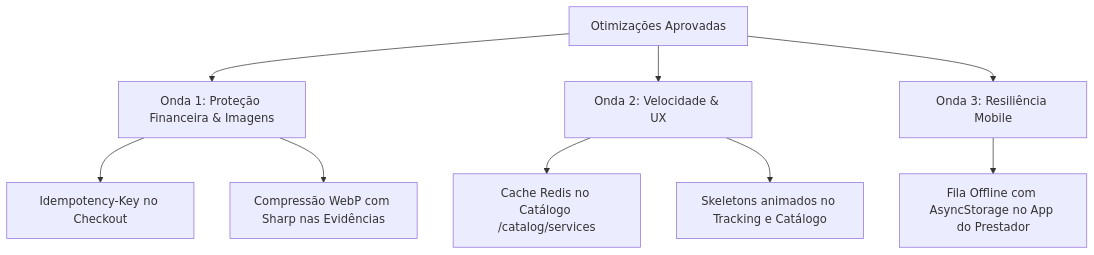
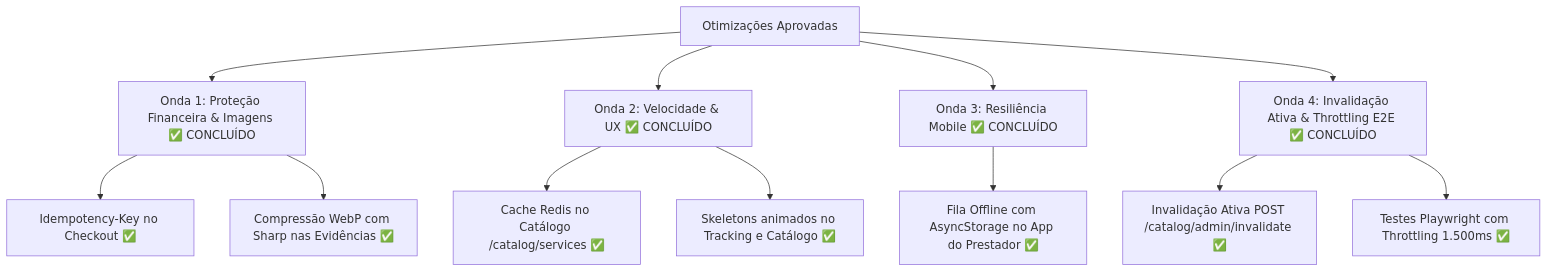
Before and after one commit to blackshazm/facilita: the diagram in sugestoes app.md, drawn with Mermaid. The commit also changed other lines of this file and 178 other files, not shown here.

````diff
--- a/sugestoes app.md
+++ b/sugestoes app.md
@@ -98,14 +98,18 @@
 ```mermaid
 flowchart TD
-    A[Otimizações Aprovadas] --> B[Onda 1: Proteção Financeira & Imagens]
-    A --> C[Onda 2: Velocidade & UX]
-    A --> D[Onda 3: Resiliência Mobile]
+    A[Otimizações Aprovadas] --> B[Onda 1: Proteção Financeira & Imagens ✅ CONCLUÍDO]
+    A --> C[Onda 2: Velocidade & UX ✅ CONCLUÍDO]
+    A --> D[Onda 3: Resiliência Mobile ✅ CONCLUÍDO]
+    A --> E[Onda 4: Invalidação Ativa & Throttling E2E ✅ CONCLUÍDO]
 
-    B --> B1[Idempotency-Key no Checkout]
-    B --> B2[Compressão WebP com Sharp nas Evidências]
+    B --> B1[Idempotency-Key no Checkout ✅]
+    B --> B2[Compressão WebP com Sharp nas Evidências ✅]
 
-    C --> C1[Cache Redis no Catálogo /catalog/services]
-    C --> C2[Skeletons animados no Tracking e Catálogo]
+    C --> C1[Cache Redis no Catálogo /catalog/services ✅]
+    C --> C2[Skeletons animados no Tracking e Catálogo ✅]
 
-    D --> D1[Fila Offline com AsyncStorage no App do Prestador]
+    D --> D1[Fila Offline com AsyncStorage no App do Prestador ✅]
+
+    E --> E1[Invalidação Ativa POST /catalog/admin/invalidate ✅]
+    E --> E2[Testes Playwright com Throttling 1.500ms ✅]
 ```
````
